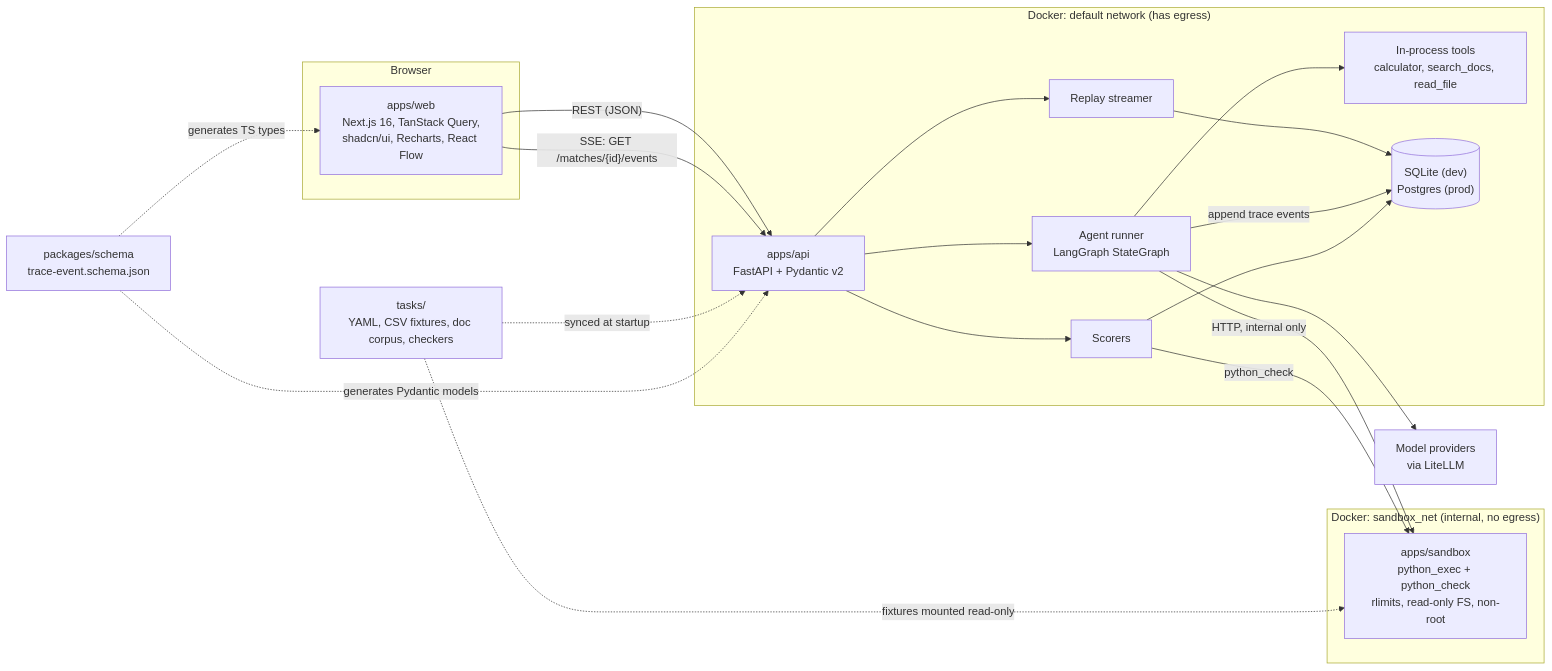
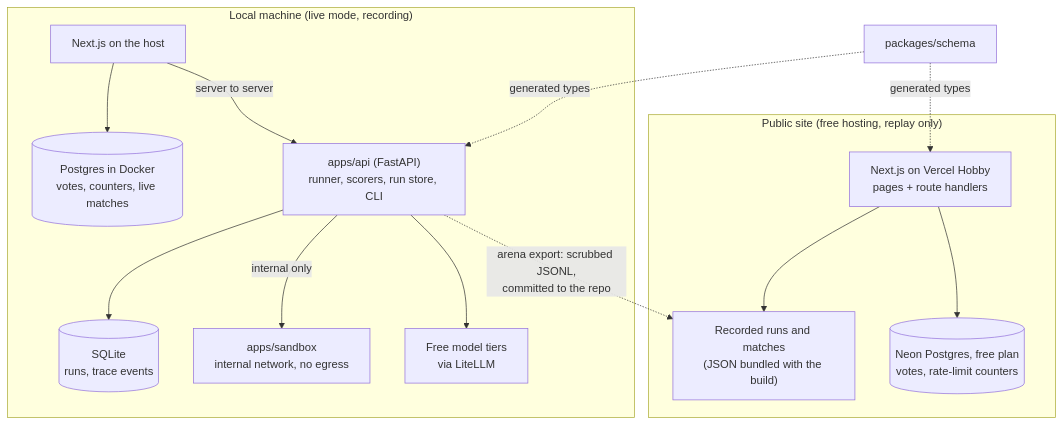
Before and after one commit to CaringNihilistic/agent-eval-arena: the first of 3 diagrams in docs/PLAN.md, drawn with Mermaid. The commit also changed other lines of this file and 3 other files, not shown here.

First line of the commit message:
Plan: zero-cost constraint, free providers, free hosting

````diff
--- a/docs/PLAN.md
+++ b/docs/PLAN.md
@@ -15,37 +19,28 @@
 ```mermaid
-flowchart LR
-  subgraph Browser
-    WEB["apps/web<br/>Next.js 16, TanStack Query,<br/>shadcn/ui, Recharts, React Flow"]
+flowchart TB
+  subgraph Public["Public site (free hosting, replay only)"]
+    VWEB["Next.js on Vercel Hobby<br/>pages + route handlers"]
+    FILES["Recorded runs and matches<br/>(JSON bundled with the build)"]
+    NEON[("Neon Postgres, free plan<br/>votes, rate-limit counters")]
+    VWEB --> FILES
+    VWEB --> NEON
   end
 
-  subgraph "Docker: default network (has egress)"
-    API["apps/api<br/>FastAPI + Pydantic v2"]
-    RUNNER["Agent runner<br/>LangGraph StateGraph"]
-    TOOLS["In-process tools<br/>calculator, search_docs, read_file"]
-    REPLAY["Replay streamer"]
-    SCORE["Scorers"]
-    DB[("SQLite (dev)<br/>Postgres (prod)")]
+  subgraph Local["Local machine (live mode, recording)"]
+    LWEB["Next.js on the host"]
+    PG[("Postgres in Docker<br/>votes, counters, live matches")]
+    API["apps/api (FastAPI)<br/>runner, scorers, run store, CLI"]
+    SQLITE[("SQLite<br/>runs, trace events")]
+    SBX["apps/sandbox<br/>internal network, no egress"]
+    LLM["Free model tiers<br/>via LiteLLM"]
+    LWEB --> PG
+    LWEB -- "server to server" --> API
+    API --> SQLITE
+    API -- "internal only" --> SBX
+    API --> LLM
   end
 
-  subgraph "Docker: sandbox_net (internal, no egress)"
-    SBX["apps/sandbox<br/>python_exec + python_check<br/>rlimits, read-only FS, non-root"]
-  end
-
-  LLM["Model providers<br/>via LiteLLM"]
-  SCHEMA["packages/schema<br/>trace-event.schema.json"]
-  TASKS["tasks/<br/>YAML, CSV fixtures, doc corpus, checkers"]
-
-  WEB -- "REST (JSON)" --> API
-  WEB -- "SSE: GET /matches/{id}/events" --> API
-  API --> RUNNER --> TOOLS
-  RUNNER -- "HTTP, internal only" --> SBX
-  RUNNER --> LLM
-  API --> REPLAY --> DB
-  RUNNER -- "append trace events" --> DB
-  API --> SCORE --> DB
-  SCORE -- "python_check" --> SBX
-  TASKS -. "synced at startup" .-> API
-  TASKS -. "fixtures mounted read-only" .-> SBX
-  SCHEMA -. "generates Pydantic models" .-> API
-  SCHEMA -. "generates TS types" .-> WEB
+  API -. "arena export: scrubbed JSONL,<br/>committed to the repo" .-> FILES
+  SCHEMA["packages/schema"] -. "generated types" .-> VWEB
+  SCHEMA -. "generated types" .-> API
 ```
````
